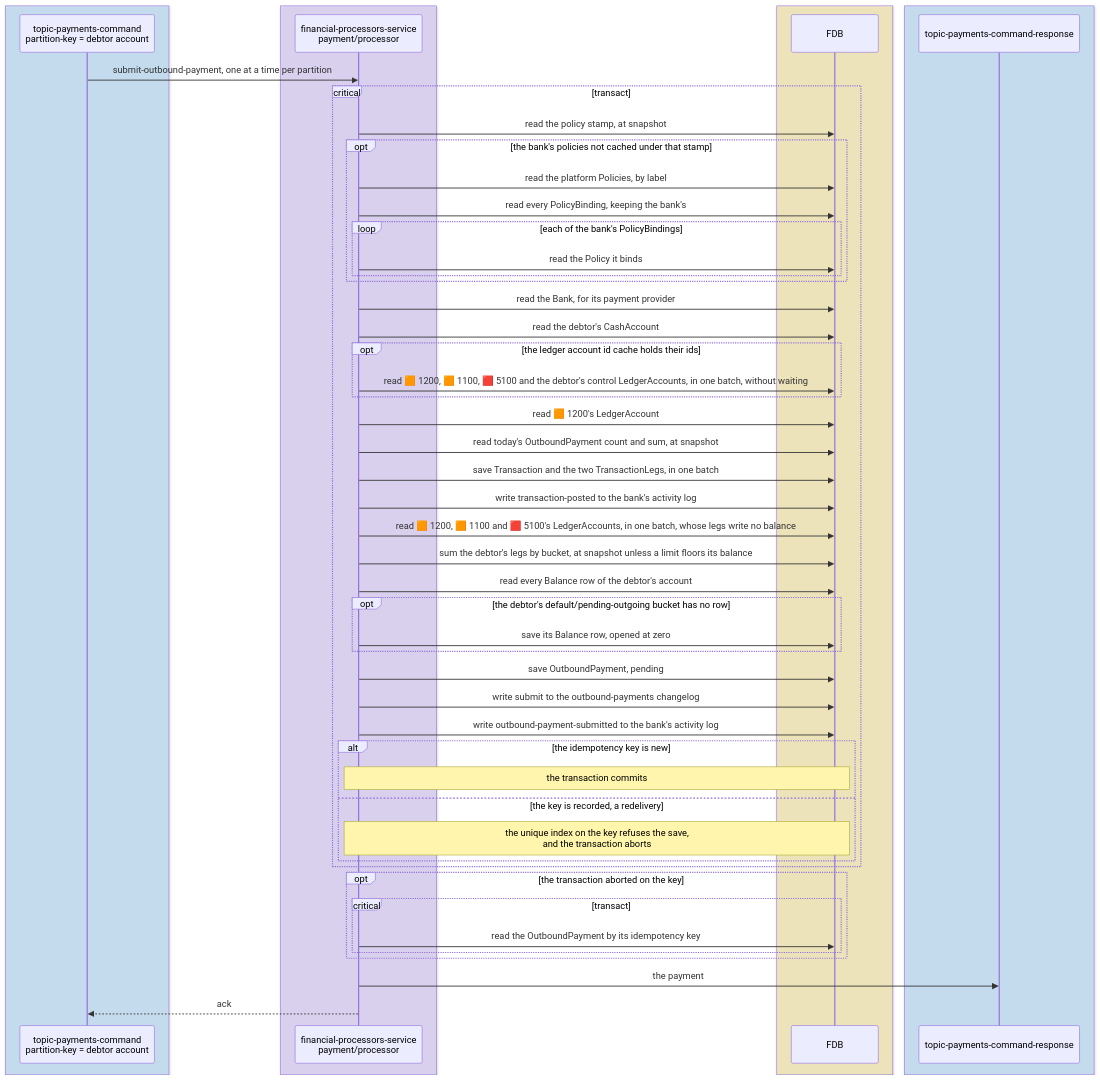
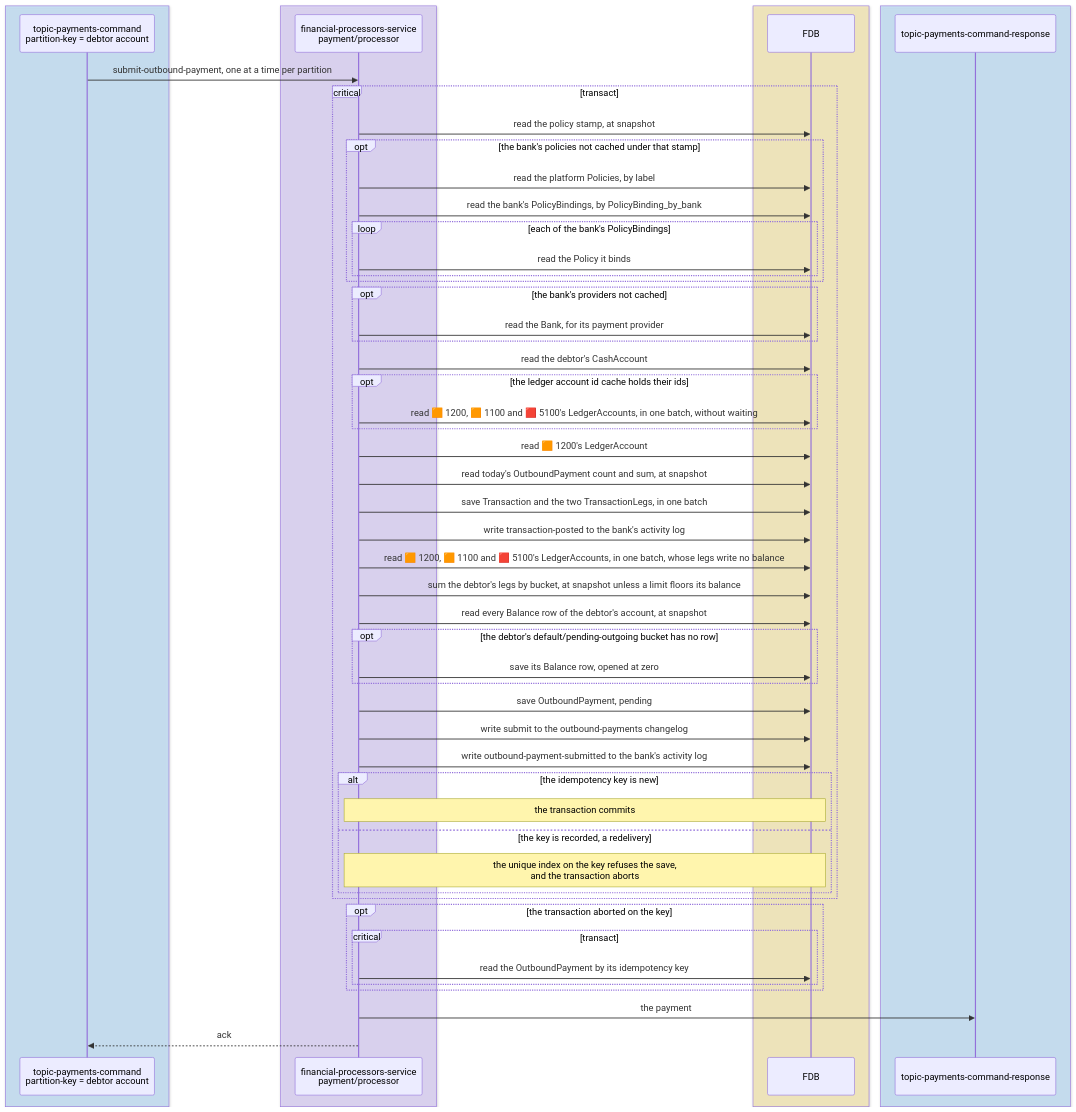
One commit to repldriven/queenswood changed the third of 15 diagrams in docs/tdd/payments-outbound.md. Above: the diagram before and after it, drawn with Mermaid. The commit also changed other lines of this file and 2 other files, not shown here.

Commit message:
Draw the payment flows' snapshot row reads, pre-loads, cached bank read, binding index and reconcile outcomes

````diff
--- a/docs/tdd/payments-outbound.md
+++ b/docs/tdd/payments-outbound.md
@@ -154,56 +154,58 @@
 ```mermaid
 sequenceDiagram
     box rgba(165, 216, 255, 0.45)
     participant PC as topic-payments-command<br/>partition-key = debtor account
     end
     box rgba(208, 191, 255, 0.45)
     participant PP as financial-processors-service<br/>payment/processor
     end
     box rgba(255, 236, 153, 0.5)
     participant DB as FDB
     end
     box rgba(165, 216, 255, 0.45)
     participant PR as topic-payments-command-response
     end
     PC->>PP: submit-outbound-payment, one at a time per partition
     critical transact
     PP->>DB: read the policy stamp, at snapshot
     opt the bank's policies not cached under that stamp
     PP->>DB: read the platform Policies, by label
-    PP->>DB: read every PolicyBinding, keeping the bank's
+    PP->>DB: read the bank's PolicyBindings, by PolicyBinding_by_bank
     loop each of the bank's PolicyBindings
     PP->>DB: read the Policy it binds
     end
     end
+    opt the bank's providers not cached
     PP->>DB: read the Bank, for its payment provider
+    end
     PP->>DB: read the debtor's CashAccount
     opt the ledger account id cache holds their ids
-    PP->>DB: read 🟧 1200, 🟧 1100, 🟥 5100 and the debtor's control LedgerAccounts, in one batch, without waiting
+    PP->>DB: read 🟧 1200, 🟧 1100 and 🟥 5100's LedgerAccounts, in one batch, without waiting
     end
     PP->>DB: read 🟧 1200's LedgerAccount
     PP->>DB: read today's OutboundPayment count and sum, at snapshot
     PP->>DB: save Transaction and the two TransactionLegs, in one batch
     PP->>DB: write transaction-posted to the bank's activity log
     PP->>DB: read 🟧 1200, 🟧 1100 and 🟥 5100's LedgerAccounts, in one batch, whose legs write no balance
     PP->>DB: sum the debtor's legs by bucket, at snapshot unless a limit floors its balance
-    PP->>DB: read every Balance row of the debtor's account
+    PP->>DB: read every Balance row of the debtor's account, at snapshot
     opt the debtor's default/pending-outgoing bucket has no row
     PP->>DB: save its Balance row, opened at zero
     end
     PP->>DB: save OutboundPayment, pending
     PP->>DB: write submit to the outbound-payments changelog
     PP->>DB: write outbound-payment-submitted to the bank's activity log
     alt the idempotency key is new
     Note over PP,DB: the transaction commits
     else the key is recorded, a redelivery
     Note over PP,DB: the unique index on the key refuses the save,<br/>and the transaction aborts
     end
     end
     opt the transaction aborted on the key
     critical transact
     PP->>DB: read the OutboundPayment by its idempotency key
     end
     end
     PP->>PR: the payment
     PP-->>PC: ack
 ```
````
